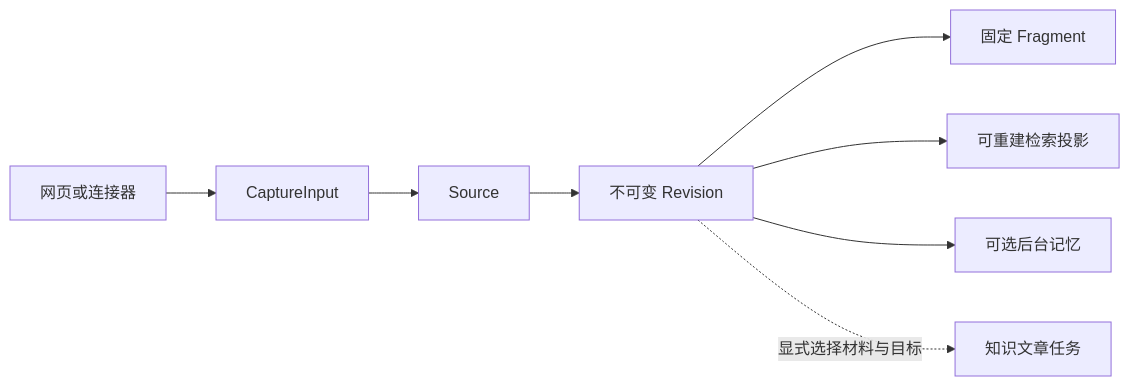
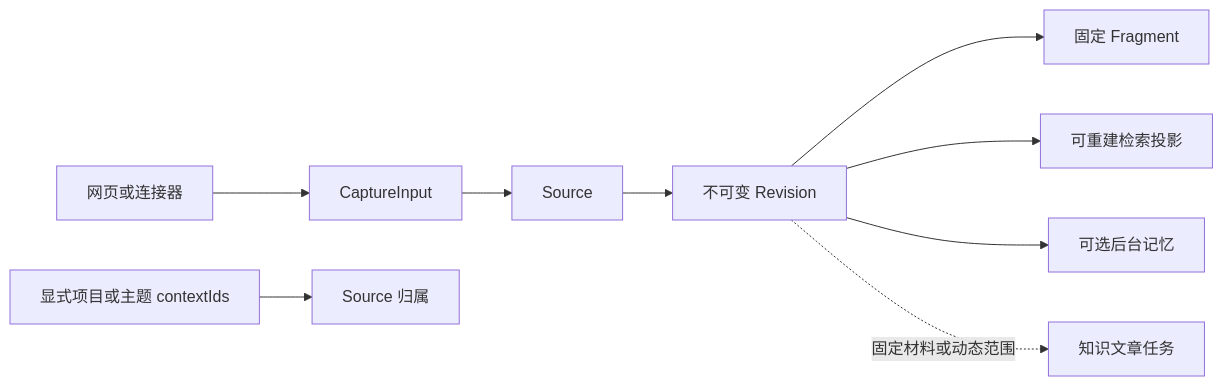
One commit to lejunyang/omem changed the diagram in .repo-review/knowledge/articles/08e8de8e7788195db049c6fb0184ebc7888d9ec16a991ed19523deb074181035.md. Above: the diagram before and after it, drawn with Mermaid. The commit also changed other lines of this file and 5 other files, not shown here.

````diff
--- a/.repo-review/knowledge/articles/08e8de8e7788195db049c6fb0184ebc7888d9ec16a991ed19523deb074181035.md
+++ b/.repo-review/knowledge/articles/08e8de8e7788195db049c6fb0184ebc7888d9ec16a991ed19523deb074181035.md
@@ -48,10 +51,11 @@
 ```mermaid
 flowchart LR
   A[网页或连接器] --> B[CaptureInput]
-  B --> C[Source]
-  C --> D[不可变 Revision]
-  D --> E[固定 Fragment]
-  D --> F[可重建检索投影]
-  D --> G[可选后台记忆]
-  D -.显式选择材料与目标.-> H[知识文章任务]
+  X[显式项目或主题 contextIds] --> C[Source 归属]
+  B --> D[Source]
+  D --> E[不可变 Revision]
+  E --> F[固定 Fragment]
+  E --> G[可重建检索投影]
+  E --> H[可选后台记忆]
+  E -.固定材料或动态范围.-> I[知识文章任务]
 ```
````
